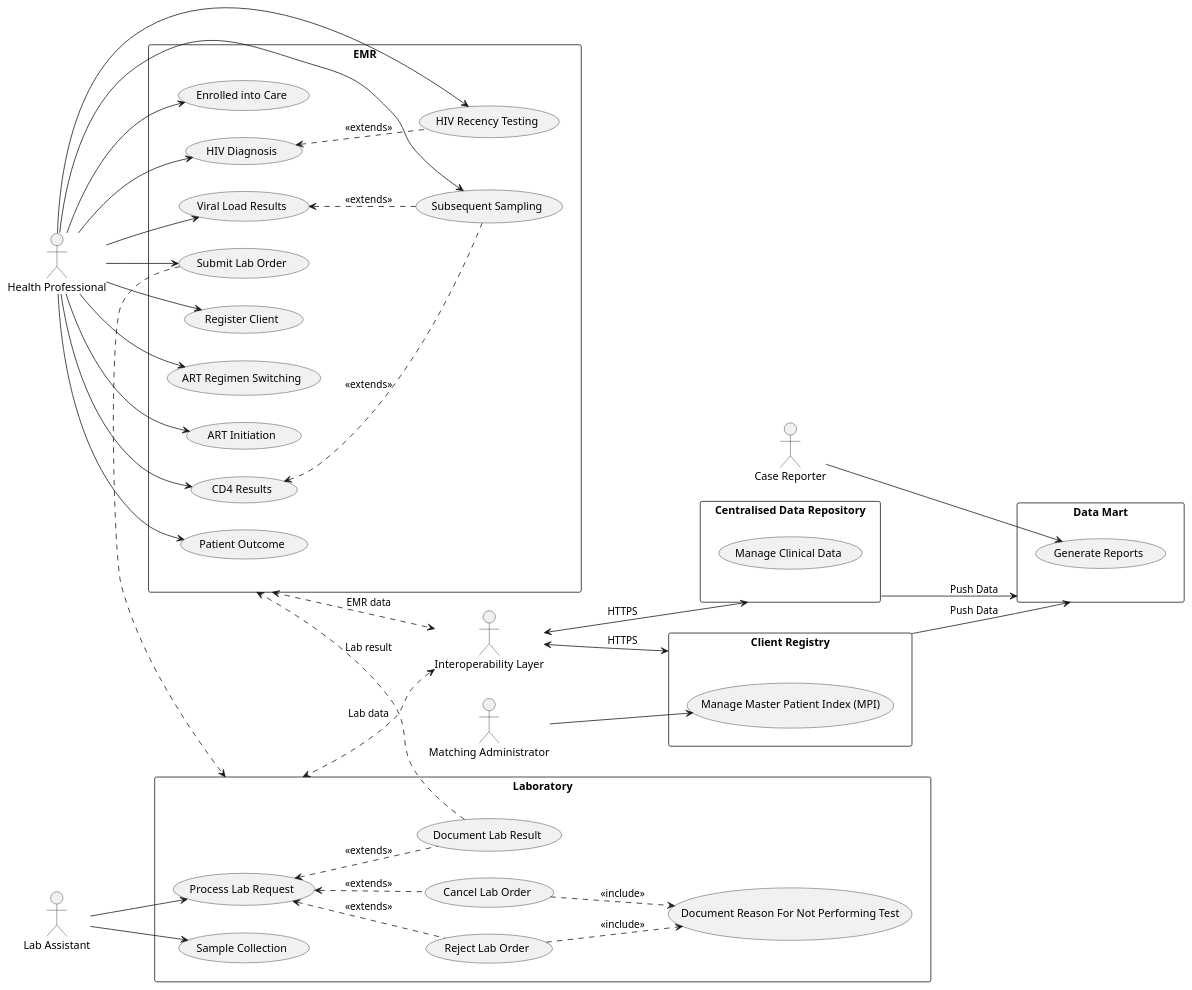
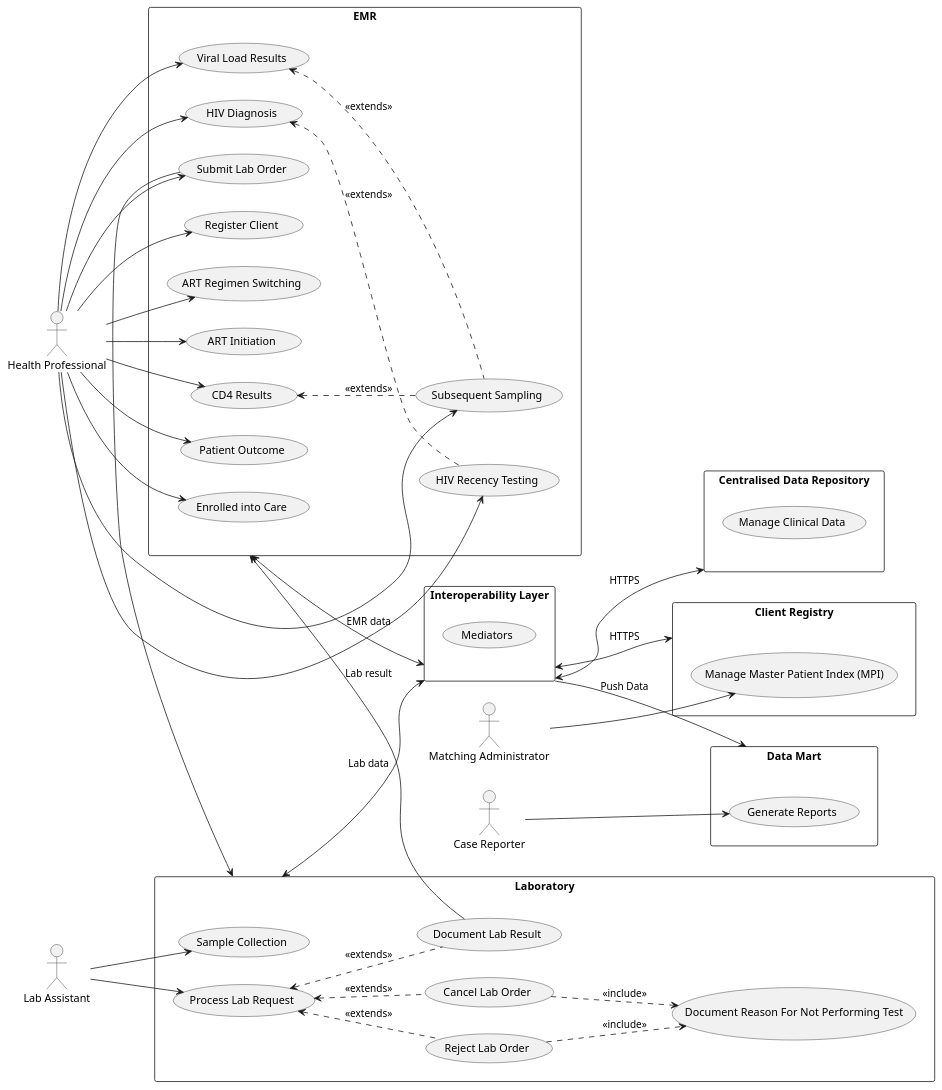
The diagram in input/images-source/uses-cases.pu (openhie/HIV-CBS), drawn with PlantUML before and after one commit. The commit also changed 1 other file, not shown here.

```diff
--- a/input/images-source/uses-cases.pu
+++ b/input/images-source/uses-cases.pu
@@ -1,90 +1,96 @@
 @startuml UseCaseDiagram
 left to right direction
 actor "Health Professional" as professional
 rectangle EMR {
   usecase "Register Client" as UC1
   usecase "ART Regimen Switching" as UC2
   usecase "ART Initiation" as UC3
   usecase "CD4 Results" as UC4
   usecase "Patient Outcome" as UC5
   usecase "Enrolled into Care" as UC6
   usecase "HIV Diagnosis" as UC7
   usecase "Viral Load Results" as UC8
   usecase "Subsequent Sampling" as UC9
   usecase "Submit Lab Order" as UC10
   usecase "HIV Recency Testing" as UC11
 }
 
 professional --> UC1
 professional --> UC2
 professional --> UC3
 professional --> UC4
 professional --> UC5
 professional --> UC6
 professional --> UC7
 professional --> UC8
 professional --> UC9
 professional --> UC10
 professional --> UC11
 
 (UC4) <.. (UC9) : "<<extends>>"
 (UC8) <.. (UC9) : "<<extends>>"
 (UC7) <.. (UC11) : "<<extends>>"
 
 
 actor "Lab Assistant" as labAssistant
 rectangle Laboratory {
   usecase "Sample Collection" as UC14
   usecase "Process Lab Request" as UC15
   usecase "Document Lab Result" as UC16
   usecase "Reject Lab Order" as UC17
   usecase "Cancel Lab Order" as UC18
   usecase "Document Reason For Not Performing Test" as UC19
 }
 
 labAssistant --> UC14
 labAssistant --> UC15
 
 
 (UC15) <.. (UC16) : "<<extends>>"
 (UC15) <.. (UC17) : "<<extends>>"
 (UC15) <.. (UC18) : "<<extends>>"
 
 (UC18) ..> (UC19) : "<<include>>"
 (UC17) ..> (UC19) : "<<include>>"
 
-(UC10) ..> Laboratory
+(UC10) --> Laboratory
 
-(UC16) ..> EMR : "Lab result"
+(UC16) --> EMR : "Lab result"
 
-actor "Interoperability Layer" as iol
+'actor "Interoperability Layer" as iol
+
+rectangle "Interoperability Layer" as iol {
+  usecase "Mediators" as UC23
+}
+
 rectangle "Centralised Data Repository" as cdr {
   usecase "Manage Clinical Data" as UC20
 }
 
 iol <--> cdr : "HTTPS"
 
-EMR <..> iol : "EMR data"
-Laboratory <..> iol : "Lab data"
+EMR <--> iol : "EMR data"
+Laboratory <--> iol : "Lab data"
 
 
 actor "Matching Administrator" as macthingAdmin
 rectangle "Client Registry" as cr {
   usecase "Manage Master Patient Index (MPI)" as UC21
 }
 
 macthingAdmin --> UC21
 
 iol <--> cr : "HTTPS"
 
 actor "Case Reporter" as caseReporter
 rectangle "Data Mart" as dm {
   usecase "Generate Reports" as UC22
 }
 
 caseReporter --> UC22
 
-cdr --> dm : "Push Data"
-cr --> dm : "Push Data"
+'cdr --> dm : "Push Data"
+'cr --> dm : "Push Data"
+iol --> dm : "Push Data"
 
 @enduml
```
